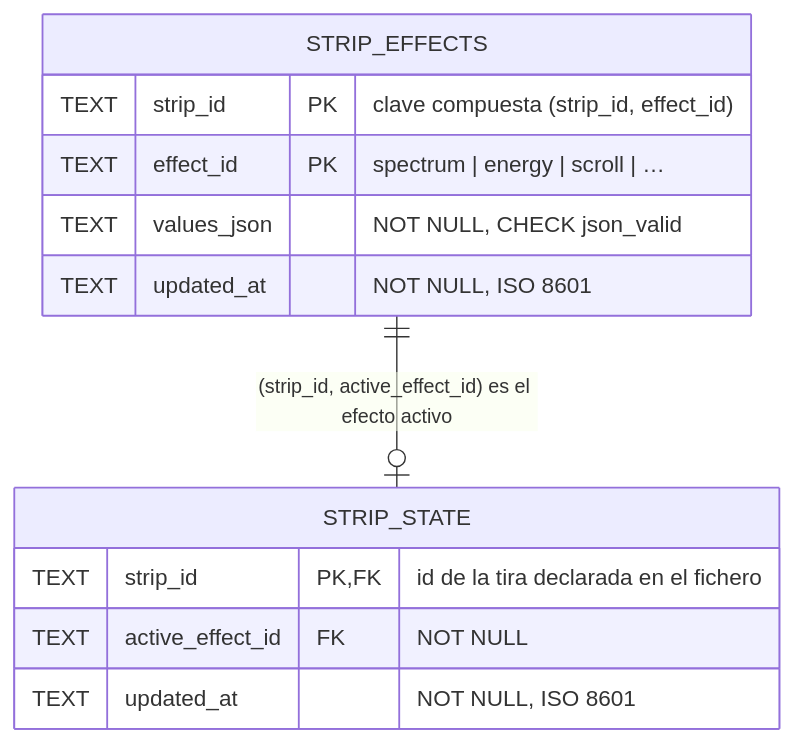
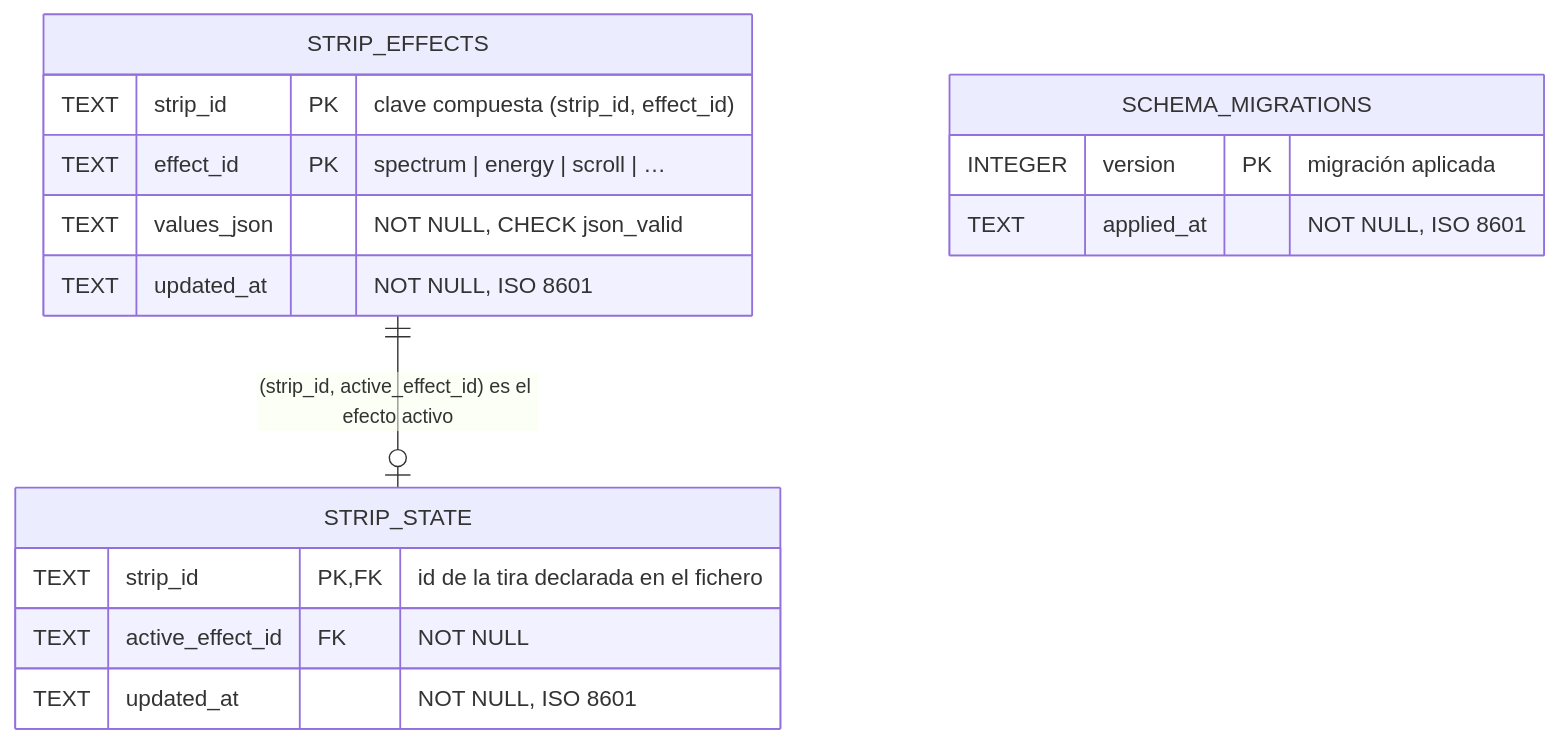
The fourth of 4 diagrams in readme.md (7daysofrain/mood-table-v2), drawn with Mermaid before and after one commit. The commit also changed other lines of this file, not shown here.

````diff
--- a/readme.md
+++ b/readme.md
@@ -763,15 +761,19 @@
 ```mermaid
 erDiagram
   STRIP_STATE {
     TEXT strip_id PK, FK "id de la tira declarada en el fichero"
     TEXT active_effect_id FK "NOT NULL"
     TEXT updated_at "NOT NULL, ISO 8601"
   }
   STRIP_EFFECTS {
     TEXT strip_id PK "clave compuesta (strip_id, effect_id)"
     TEXT effect_id PK "spectrum | energy | scroll | …"
     TEXT values_json "NOT NULL, CHECK json_valid"
     TEXT updated_at "NOT NULL, ISO 8601"
   }
   STRIP_EFFECTS ||--o| STRIP_STATE : "(strip_id, active_effect_id) es el efecto activo"
+  SCHEMA_MIGRATIONS {
+    INTEGER version PK "migración aplicada"
+    TEXT applied_at "NOT NULL, ISO 8601"
+  }
 ```
````
